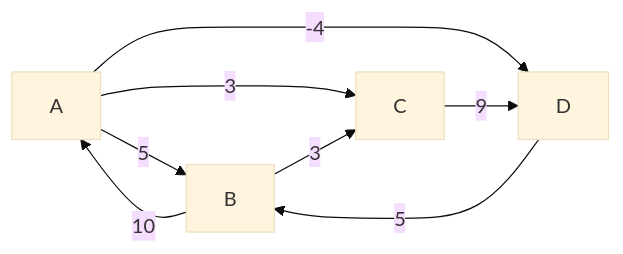
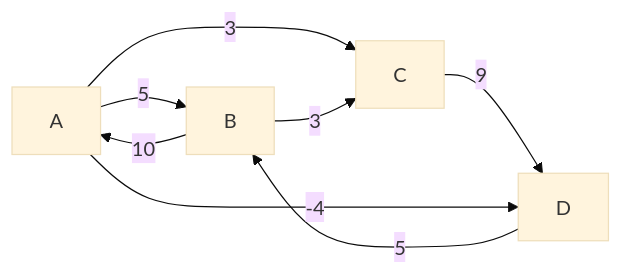
The sixth of 9 diagrams in Chap_10.md (Prog-up/Cours-Info), drawn with Mermaid (base theme) before and after one commit. The commit also changed other lines of this file and 1 other file, not shown here.

````diff
--- a/Chap_10.md
+++ b/Chap_10.md
@@ -210,10 +197,10 @@
 ```mermaid
 flowchart LR
     A --> |5|B
     B --> |10|A
     A --> |3|C
-    A --> |-4|D
     B --> |3|C
     C --> |9|D
     D --> |5|B
+    A --> |-4|D
 ```
````
